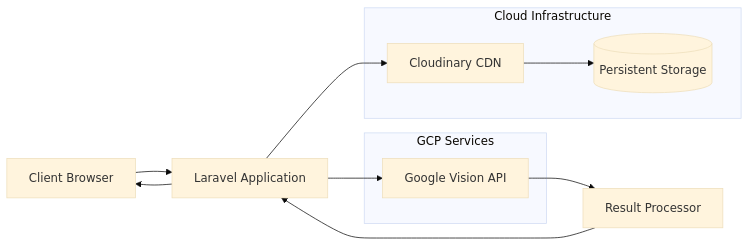
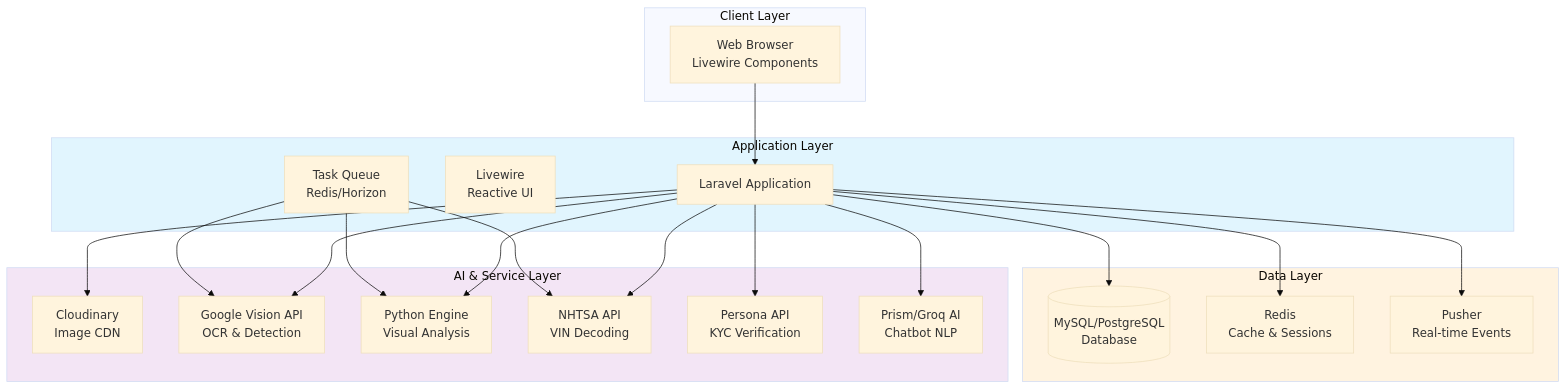
One commit to engyahmed7/vehicle-ai-inspector changed the diagram in README.md. Above: the diagram before and after it, drawn with Mermaid (base theme). The commit also changed other lines of this file, not shown here.

````diff
--- a/README.md
+++ b/README.md
@@ -40,19 +14,48 @@
 ```mermaid
-graph LR
-    A[Client Browser] --> B[Laravel Application]
-    B --> C[Cloudinary CDN]
-    B --> D[Google Vision API]
-    C --> E[(Persistent Storage)]
-    D --> F[Result Processor]
-    F --> B
-    B --> A
+flowchart TB
+    subgraph Client [Client Layer]
+        A[Web Browser<br>Livewire Components]
+    end
+
+    subgraph App [Application Layer]
+        C[Laravel Application]
+        D[Livewire<br>Reactive UI]
+        E[Task Queue<br>Redis/Horizon]
+    end
+
+    subgraph Services [AI & Service Layer]
+        F[Cloudinary<br>Image CDN]
+        G[Google Vision API<br>OCR & Detection]
+        H[Python Engine<br>Visual Analysis]
+        I[NHTSA API<br>VIN Decoding]
+        J[Persona API<br>KYC Verification]
+        K[Prism/Groq AI<br>Chatbot NLP]
+    end
+
+    subgraph Data [Data Layer]
+        L[(MySQL/PostgreSQL<br>Database)]
+        M[Redis<br>Cache & Sessions]
+        N[Pusher<br>Real-time Events]
+    end
+
+    A --> C
     
-    subgraph GCP Services
-    D
-    end
-    
-    subgraph Cloud Infrastructure
-    C
-    E
-    end
+    C --> F
+    C --> G
+    C --> H
+    C --> I
+    C --> J
+    C --> K
+
+    C --> L
+    C --> M
+    C --> N
+
+    E --> G
+    E --> H
+    E --> I
+
+    style App fill:#e1f5fe
+    style Services fill:#f3e5f5
+    style Data fill:#fff3e0
 ```
````
